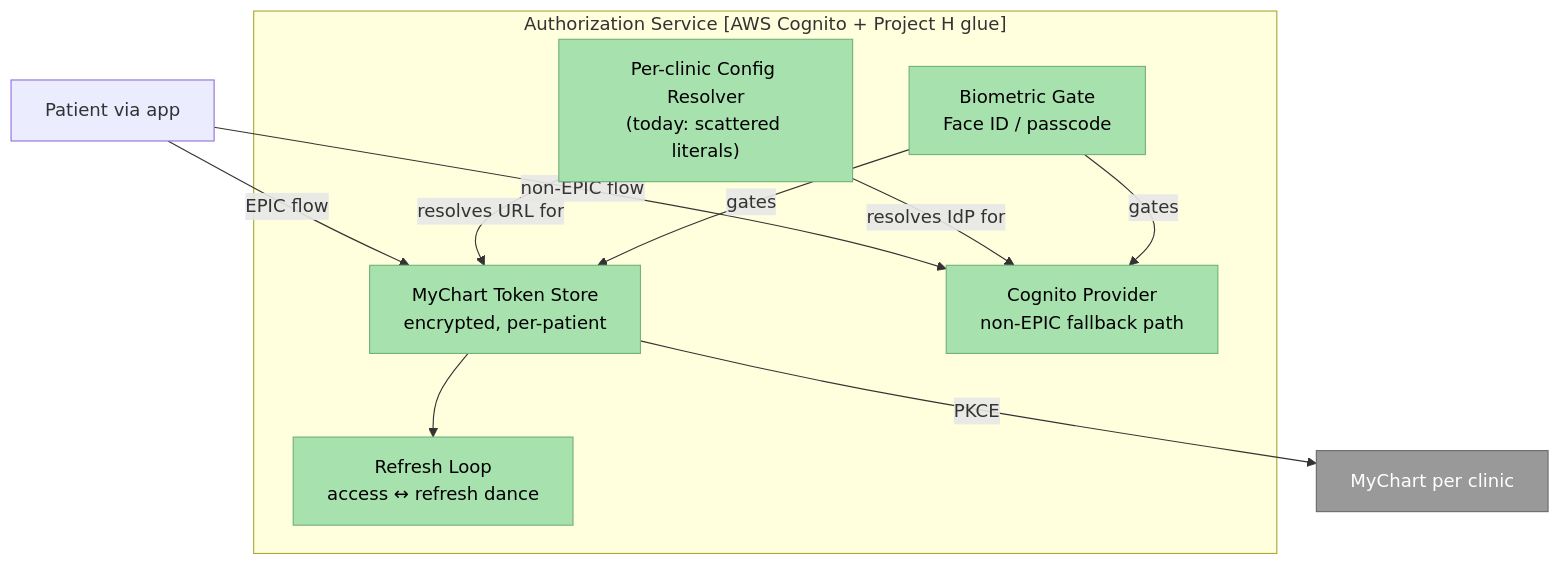
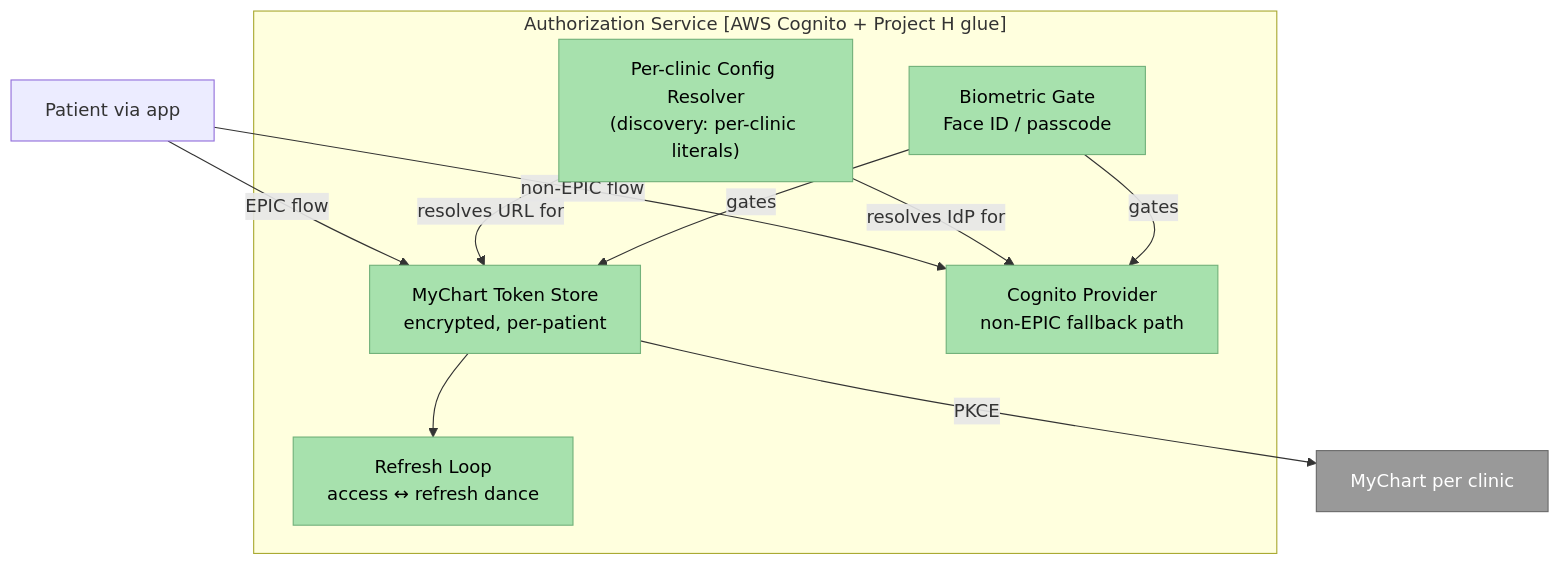
The diagram in docs/architecture/diagrams/c4-l3-authorization-service.md (andreidzemianchyk/ai-doc-sample), drawn with Mermaid before and after one commit. The commit also changed 11 other files, not shown here.

````diff
--- a/docs/architecture/diagrams/c4-l3-authorization-service.md
+++ b/docs/architecture/diagrams/c4-l3-authorization-service.md
@@ -7,25 +7,25 @@
 ```mermaid
 flowchart TB
     classDef component fill:#a7e1ad,stroke:#73B27B,color:#000
     classDef ext fill:#999,stroke:#6B6B6B,color:#fff
 
     subgraph AUTH["Authorization Service [AWS Cognito + Project H glue]"]
         MCT["MyChart Token Store<br/>encrypted, per-patient"]:::component
         CP["Cognito Provider<br/>non-EPIC fallback path"]:::component
-        PCR["Per-clinic Config Resolver<br/>(today: scattered literals)"]:::component
+        PCR["Per-clinic Config Resolver<br/>(discovery: per-clinic literals)"]:::component
         RL["Refresh Loop<br/>access ↔ refresh dance"]:::component
         BG["Biometric Gate<br/>Face ID / passcode"]:::component
     end
 
     MC["MyChart per clinic"]:::ext
     Patient[Patient via app]
 
     Patient -- "EPIC flow" --> MCT
     Patient -- "non-EPIC flow" --> CP
     MCT -- "PKCE" --> MC
     PCR -- "resolves URL for" --> MCT
     PCR -- "resolves IdP for" --> CP
     MCT --> RL
     BG -- "gates" --> MCT
     BG -- "gates" --> CP
 ```
````
